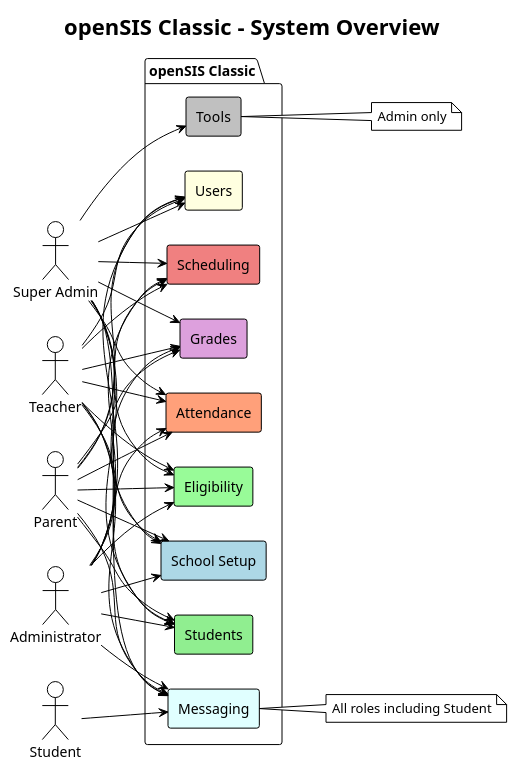
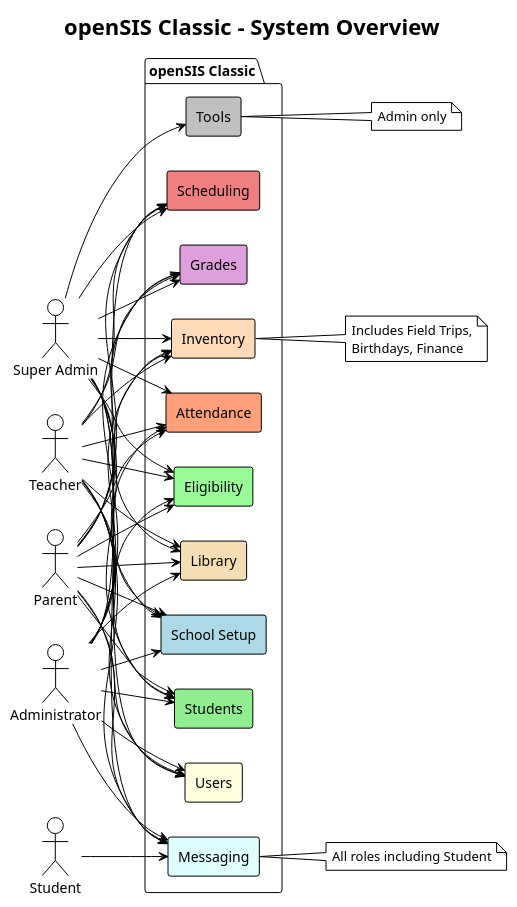
One commit to CLK-AL/openSIS-Classic changed the diagram in docs/diagrams/system-overview.puml. Above: the diagram before and after it, drawn with PlantUML. The commit also changed 8 other files, not shown here.

First line of the commit message:
Update all PUML diagrams, README, and CHANGELOG with new modules

```diff
--- a/docs/diagrams/system-overview.puml
+++ b/docs/diagrams/system-overview.puml
@@ -1,72 +1,87 @@
 @startuml system-overview
 !theme plain
 title openSIS Classic - System Overview
 
 left to right direction
 
 actor "Super Admin" as SA
 actor "Administrator" as Admin
 actor "Teacher" as Teacher
 actor "Parent" as Parent
 actor "Student" as Student
 
 package "openSIS Classic" {
     rectangle "School Setup" as SS #LightBlue
     rectangle "Students" as STU #LightGreen
     rectangle "Users" as USR #LightYellow
     rectangle "Scheduling" as SCH #LightCoral
     rectangle "Grades" as GRD #Plum
     rectangle "Attendance" as ATT #LightSalmon
     rectangle "Eligibility" as ELG #PaleGreen
+    rectangle "Library" as LIB #Wheat
+    rectangle "Inventory" as INV #PeachPuff
     rectangle "Messaging" as MSG #LightCyan
     rectangle "Tools" as TLS #Silver
 }
 
 SA --> SS
 SA --> STU
 SA --> USR
 SA --> SCH
 SA --> GRD
 SA --> ATT
 SA --> ELG
+SA --> LIB
+SA --> INV
 SA --> MSG
 SA --> TLS
 
 Admin --> SS
 Admin --> STU
 Admin --> USR
 Admin --> SCH
 Admin --> GRD
 Admin --> ATT
 Admin --> ELG
+Admin --> LIB
+Admin --> INV
 Admin --> MSG
 
 Teacher --> SS
 Teacher --> STU
 Teacher --> USR
 Teacher --> SCH
 Teacher --> GRD
 Teacher --> ATT
 Teacher --> ELG
+Teacher --> LIB
+Teacher --> INV
 Teacher --> MSG
 
 Parent --> SS
 Parent --> STU
 Parent --> USR
 Parent --> SCH
 Parent --> GRD
 Parent --> ATT
 Parent --> ELG
+Parent --> LIB
+Parent --> INV
 Parent --> MSG
 
 Student --> MSG
 
 note right of TLS
   Admin only
 end note
 
+note right of INV
+  Includes Field Trips,
+  Birthdays, Finance
+end note
+
 note right of MSG
   All roles including Student
 end note
 
 @enduml
```
